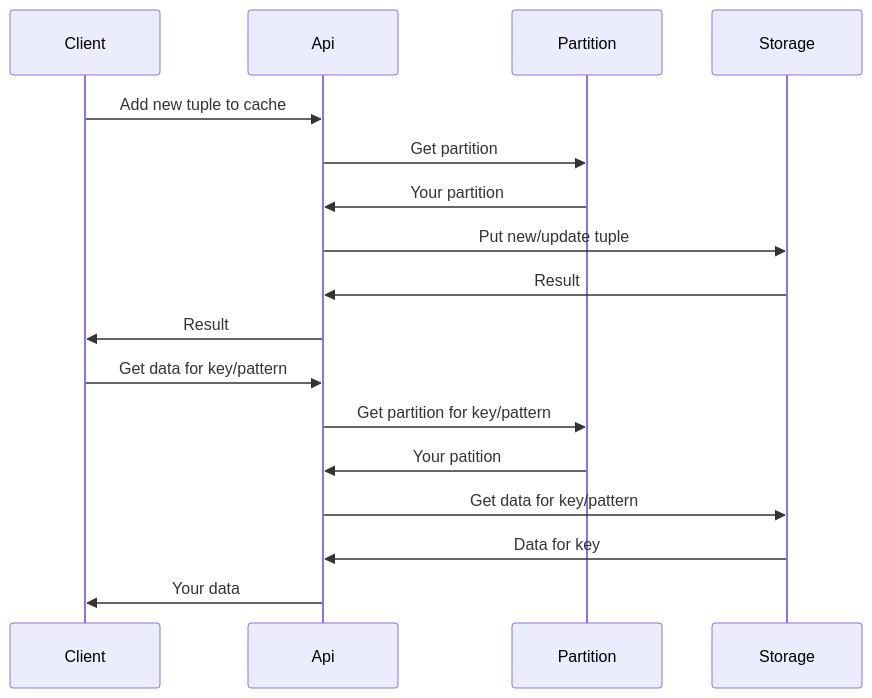
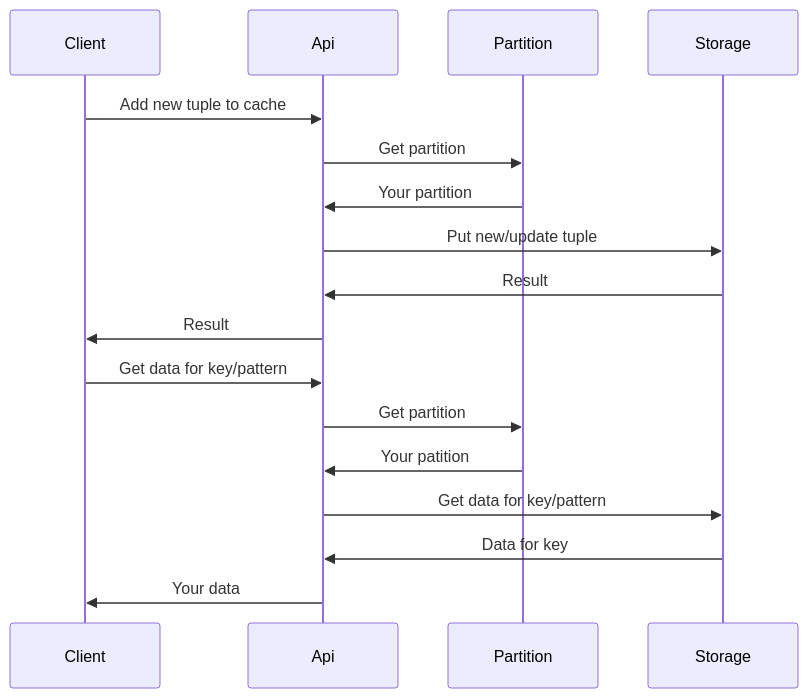
The first of 2 diagrams in README.md (ohhi-vn/super_cache), drawn with Mermaid before and after one commit. The commit also changed other lines of this file and 5 other files, not shown here.

````diff
--- a/README.md
+++ b/README.md
@@ -11,21 +11,21 @@
 ```mermaid
 sequenceDiagram
   participant Client
   participant Api
   participant Partition
   participant Storage
 
   Client->>Api: Add new tuple to cache
   Api->>Partition: Get partition
   Partition->>Api: Your partition
   Api->>Storage: Put new/update tuple
   Storage->>Api: Result
   Api->>Client: Result
   
   Client->>Api: Get data for key/pattern
-  Api->>Partition: Get partition for key/pattern
+  Api->>Partition: Get partition
   Partition->>Api: Your patition
   Api->>Storage: Get data for key/pattern
   Storage->>Api: Data for key
   Api->>Client: Your data
 ```
````
